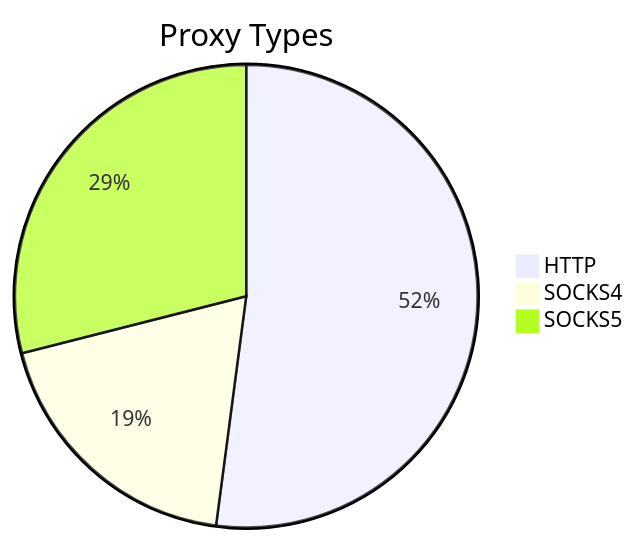
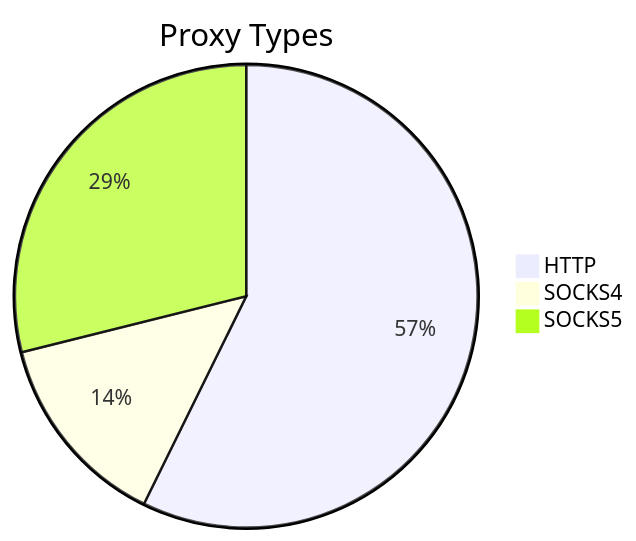
The first of 2 diagrams in README.md (stormsia/proxy-list), drawn with Mermaid before and after one commit. The commit also changed other lines of this file, not shown here.

````diff
--- a/README.md
+++ b/README.md
@@ -21,6 +21,6 @@
 ```mermaid
 pie title Proxy Types
-    "HTTP" : 250
-    "SOCKS4" : 91
-    "SOCKS5" : 139
+    "HTTP" : 232
+    "SOCKS4" : 56
+    "SOCKS5" : 117
 ```
````
